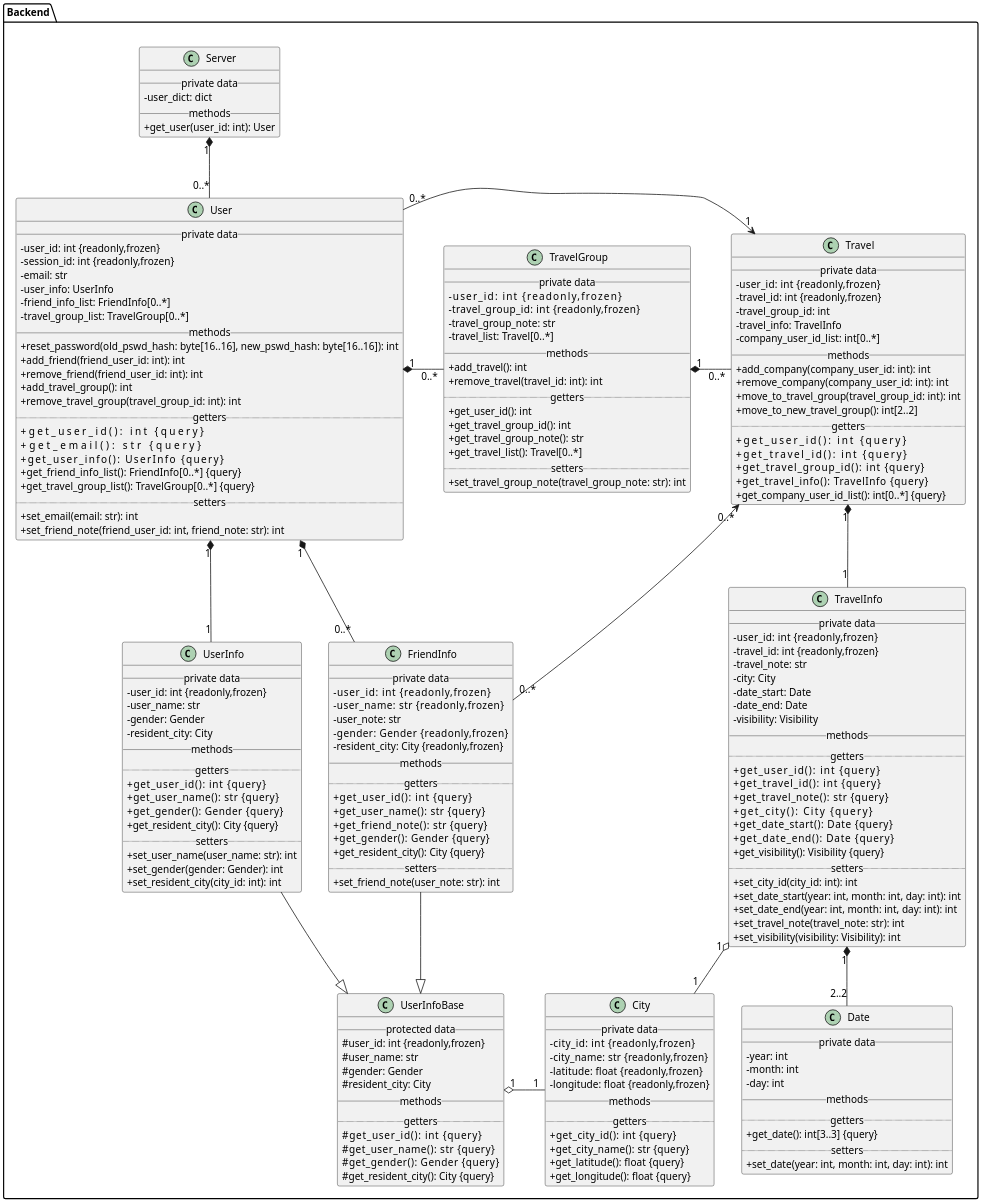
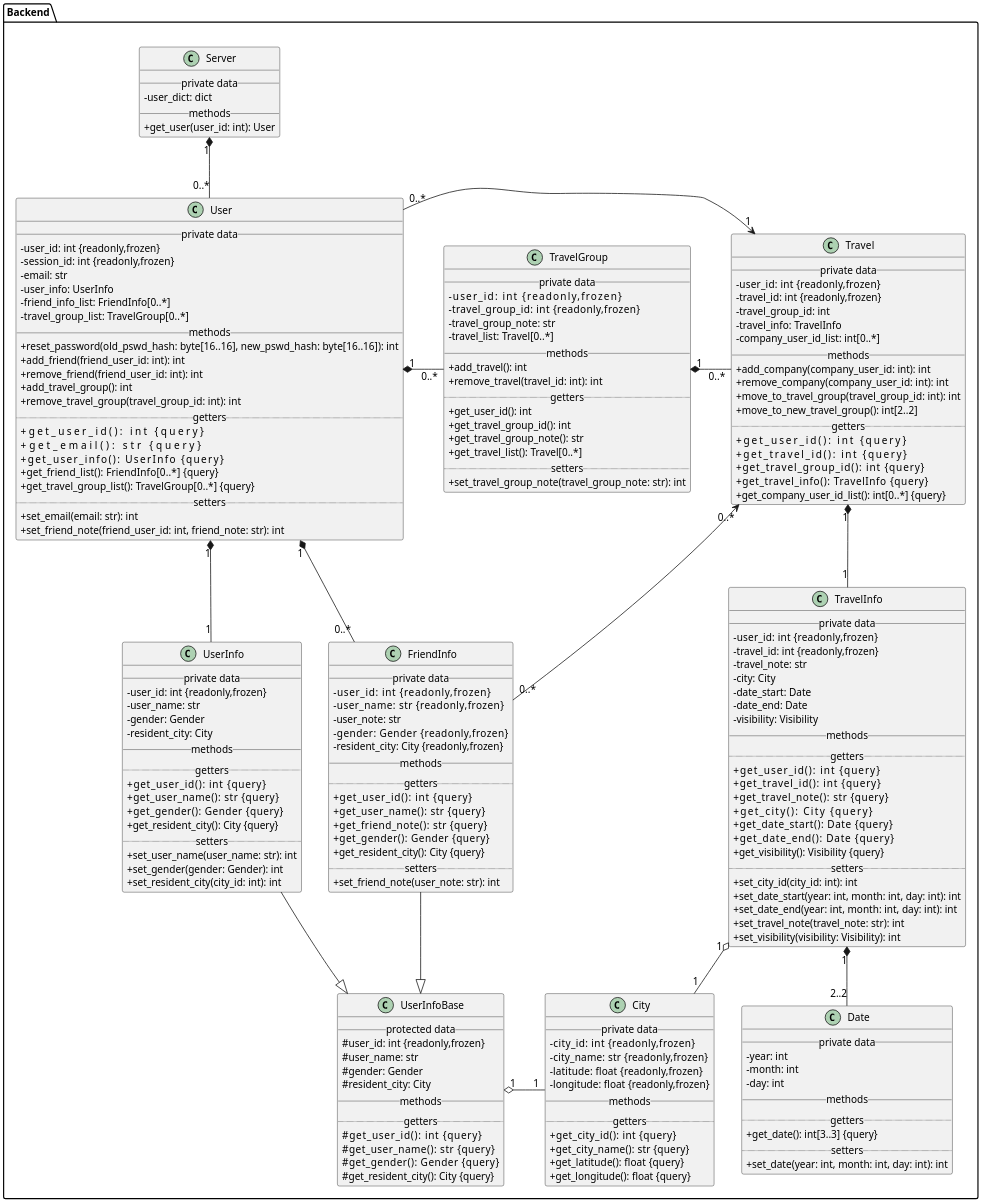
The diagram in doc/第二阶段课堂展示/ClassDiagram.backend.puml (skyetim/travel_planning_website), drawn with PlantUML before and after one commit. The commit also changed 5 other files, not shown here.

```diff
--- a/doc/第二阶段课堂展示/ClassDiagram.backend.puml
+++ b/doc/第二阶段课堂展示/ClassDiagram.backend.puml
@@ -34,7 +34,7 @@
         + get_user_id(): int                         {query}
         + get_email(): str                           {query}
         + get_user_info(): UserInfo                  {query}
-        + get_friend_info_list(): FriendInfo[0..*]   {query}
+        + get_friend_list(): FriendInfo[0..*]   {query}
         + get_travel_group_list(): TravelGroup[0..*] {query}
         .. setters ..
         + set_email(email: str): int
```
